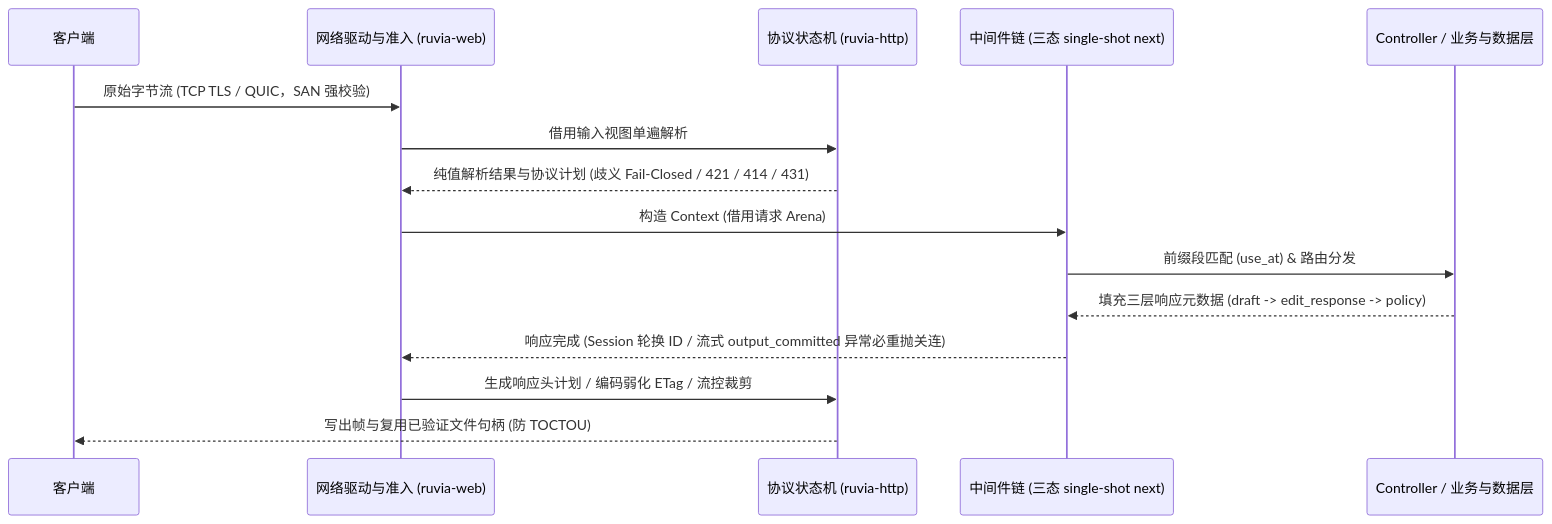
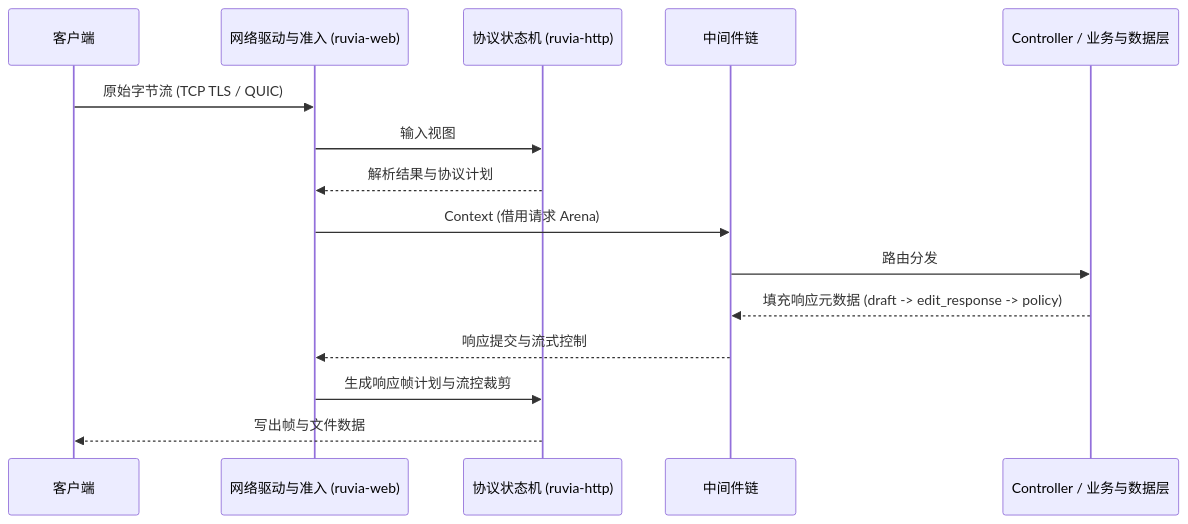
The fourth of 4 diagrams in AGENTS.md (hyird/Ruvia), drawn with Mermaid before and after one commit. The commit also changed other lines of this file, not shown here.

Commit message:
Deduplicate rules and diagram annotations across AGENTS.md

````diff
--- a/AGENTS.md
+++ b/AGENTS.md
@@ -140,18 +133,18 @@
 ```mermaid
 sequenceDiagram
     participant C as 客户端
     participant IO as 网络驱动与准入 (ruvia-web)
     participant P as 协议状态机 (ruvia-http)
-    participant M as 中间件链 (三态 single-shot next)
+    participant M as 中间件链
     participant H as Controller / 业务与数据层
 
-    C->>IO: 原始字节流 (TCP TLS / QUIC，SAN 强校验)
-    IO->>P: 借用输入视图单遍解析
-    P-->>IO: 纯值解析结果与协议计划 (歧义 Fail-Closed / 421 / 414 / 431)
-    IO->>M: 构造 Context (借用请求 Arena)
-    M->>H: 前缀段匹配 (use_at) & 路由分发
-    H-->>M: 填充三层响应元数据 (draft -> edit_response -> policy)
-    M-->>IO: 响应完成 (Session 轮换 ID / 流式 output_committed 异常必重抛关连)
-    IO->>P: 生成响应头计划 / 编码弱化 ETag / 流控裁剪
-    P-->>C: 写出帧与复用已验证文件句柄 (防 TOCTOU)
+    C->>IO: 原始字节流 (TCP TLS / QUIC)
+    IO->>P: 输入视图
+    P-->>IO: 解析结果与协议计划
+    IO->>M: Context (借用请求 Arena)
+    M->>H: 路由分发
+    H-->>M: 填充响应元数据 (draft -> edit_response -> policy)
+    M-->>IO: 响应提交与流式控制
+    IO->>P: 生成响应帧计划与流控裁剪
+    P-->>C: 写出帧与文件数据
 ```
````
